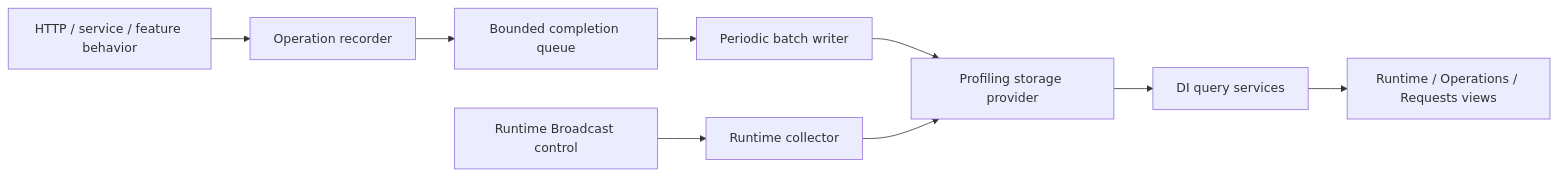
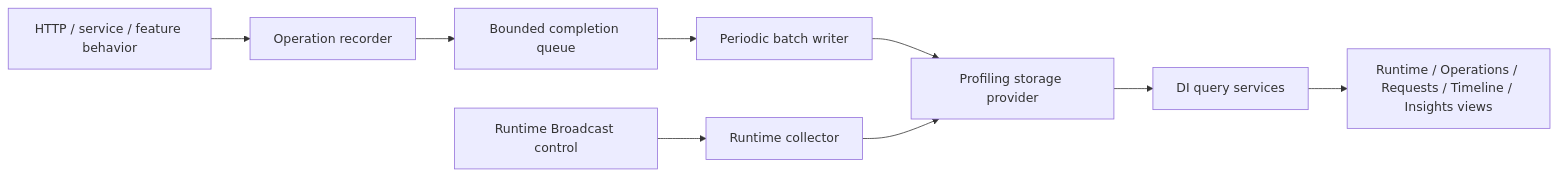
One commit to BridgingIT-GmbH/bITdevKit changed the diagram in docs/features-profiling.md. Above: the diagram before and after it, drawn with Mermaid. The commit also changed other lines of this file and 112 other files, not shown here.

````diff
--- a/docs/features-profiling.md
+++ b/docs/features-profiling.md
@@ -37,11 +37,11 @@
 ```mermaid
 flowchart LR
     Business[HTTP / service / feature behavior] --> Recorder[Operation recorder]
     Recorder --> Queue[Bounded completion queue]
     Queue --> Writer[Periodic batch writer]
     Writer --> Provider[Profiling storage provider]
     Broadcast[Runtime Broadcast control] --> Collector[Runtime collector]
     Collector --> Provider
     Provider --> Queries[DI query services]
-    Queries --> Dashboard[Runtime / Operations / Requests views]
+    Queries --> Dashboard[Runtime / Operations / Requests / Timeline / Insights views]
 ```
````
